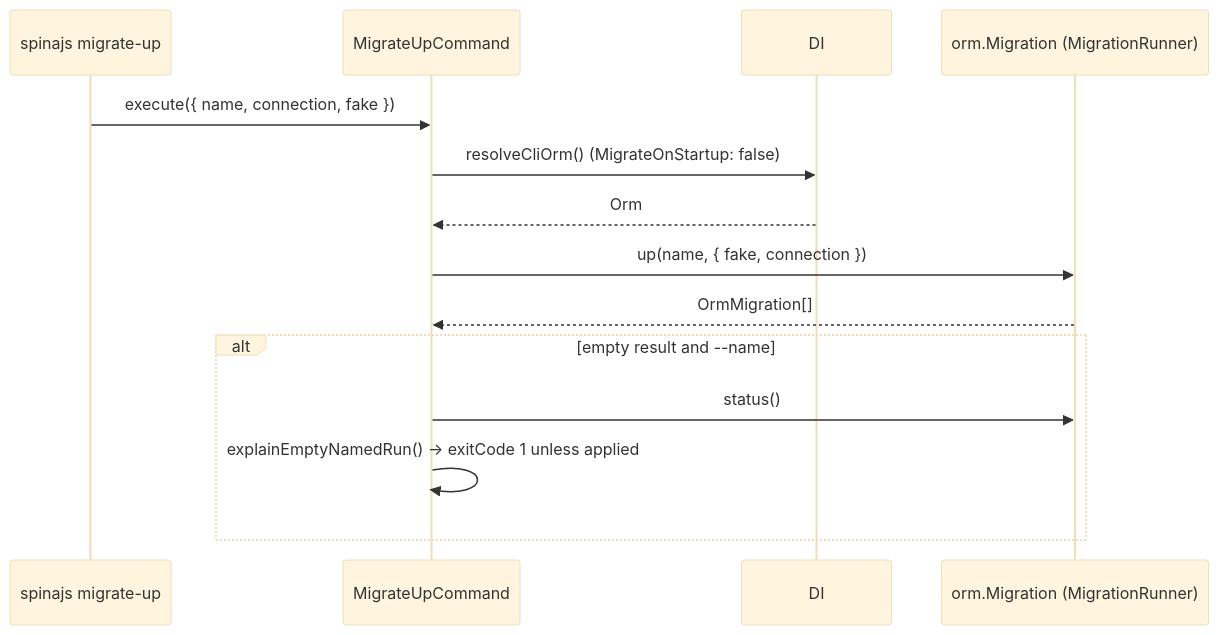
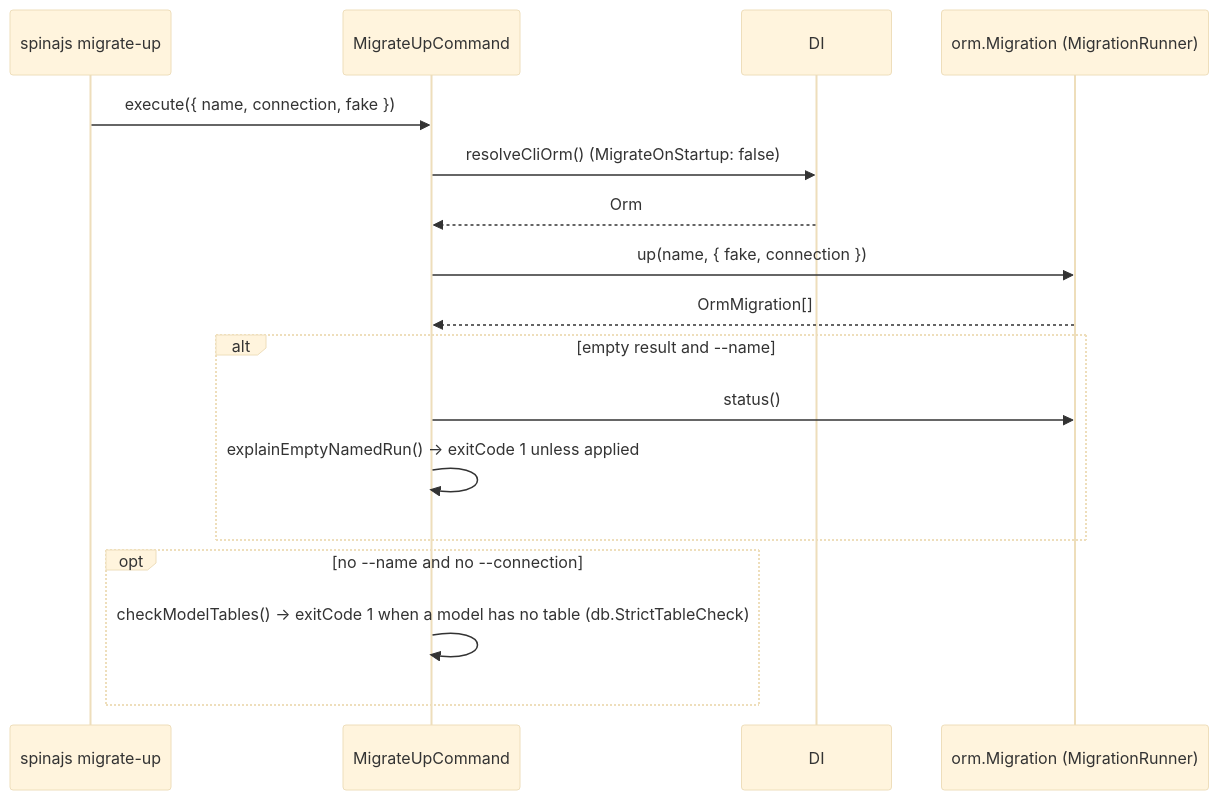
The diagram in docs/orm-cli/01-applying-migrations.md (spinajs/main), drawn with Mermaid (base theme) before and after one commit. The commit also changed other lines of this file and 4 other files, not shown here.

First line of the commit message:
feat(orm-cli): migrate-up checks the model tables after a full run

````diff
--- a/docs/orm-cli/01-applying-migrations.md
+++ b/docs/orm-cli/01-applying-migrations.md
@@ -28,16 +29,19 @@
 ```mermaid
 sequenceDiagram
   participant Op as spinajs migrate-up
   participant Cmd as MigrateUpCommand
   participant DI
   participant R as orm.Migration (MigrationRunner)
   Op->>Cmd: execute({ name, connection, fake })
   Cmd->>DI: resolveCliOrm()  (MigrateOnStartup: false)
   DI-->>Cmd: Orm
   Cmd->>R: up(name, { fake, connection })
   R-->>Cmd: OrmMigration[]
   alt empty result and --name
     Cmd->>R: status()
     Cmd->>Cmd: explainEmptyNamedRun() -> exitCode 1 unless applied
   end
+  opt no --name and no --connection
+    Cmd->>Cmd: checkModelTables() -> exitCode 1 when a model has no table (db.StrictTableCheck)
+  end
 ```
````
